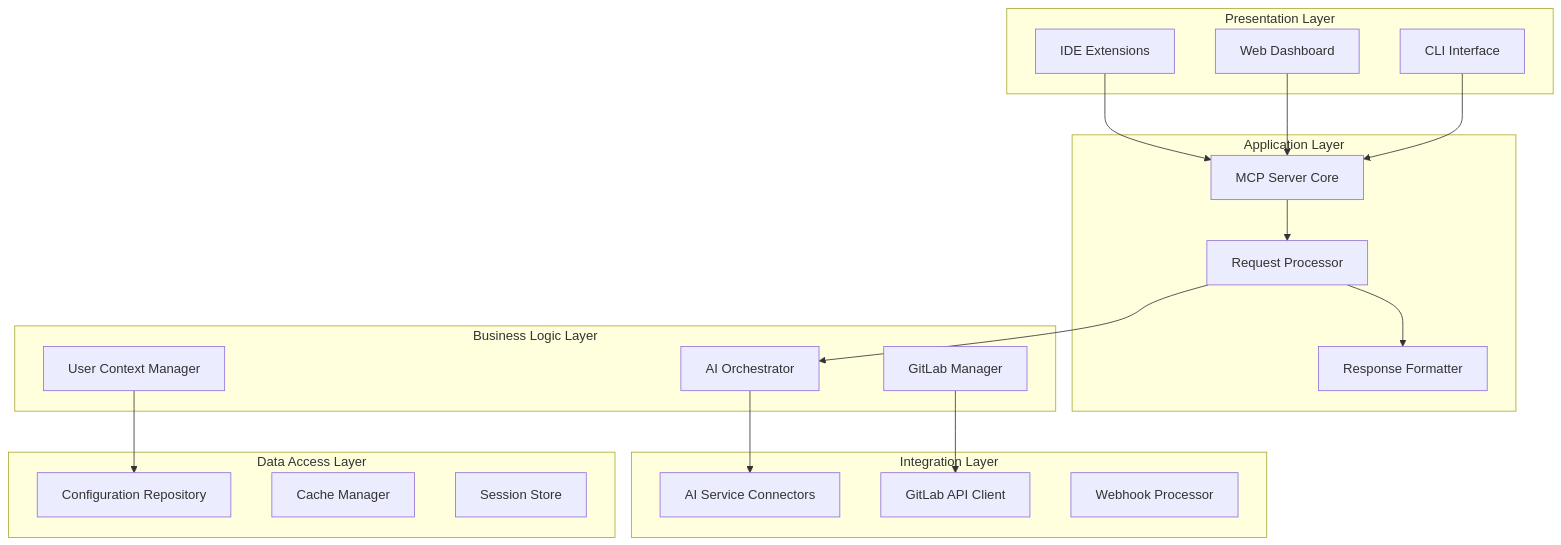
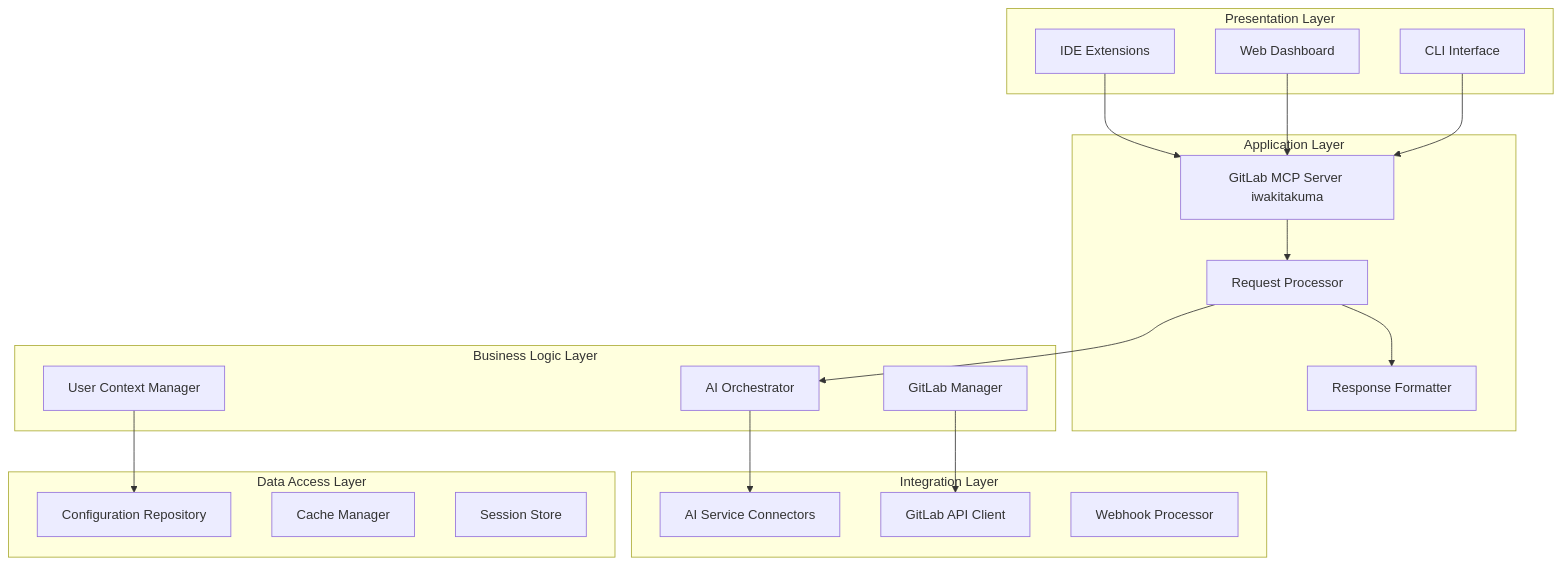
One commit to brunseba/lab_dev-mcp-gitlab changed the first of 11 diagrams in docs/design/component-model.md. Above: the diagram before and after it, drawn with Mermaid. The commit also changed 36 other files, not shown here.

````diff
--- a/docs/design/component-model.md
+++ b/docs/design/component-model.md
@@ -11,42 +11,42 @@
 ```mermaid
 graph TB
     subgraph "Presentation Layer"
         A[IDE Extensions]
         B[Web Dashboard]
         C[CLI Interface]
     end
     
     subgraph "Application Layer"
-        D[MCP Server Core]
+D[GitLab MCP Server iwakitakuma]
         E[Request Processor]
         F[Response Formatter]
     end
     
     subgraph "Business Logic Layer"
         G[AI Orchestrator]
         H[GitLab Manager]
         I[User Context Manager]
     end
     
     subgraph "Integration Layer"
         J[AI Service Connectors]
         K[GitLab API Client]
         L[Webhook Processor]
     end
     
     subgraph "Data Access Layer"
         M[Configuration Repository]
         N[Cache Manager]
         O[Session Store]
     end
     
     A --> D
     B --> D
     C --> D
     D --> E
     E --> G
     G --> J
     H --> K
     I --> M
     E --> F
 ```
````
